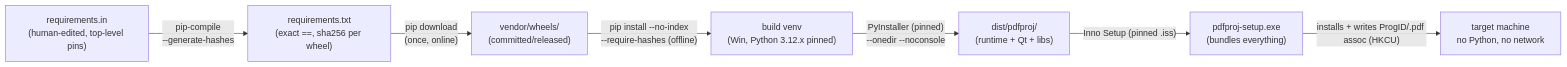
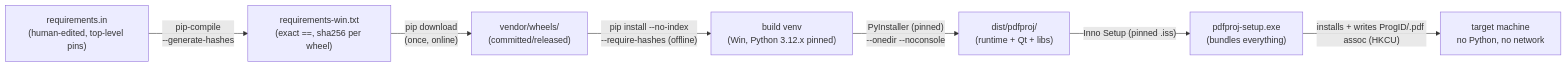
Before and after one commit to utyagi24/klarpdf: the diagram in PLAN.md, drawn with Mermaid. The commit also changed other lines of this file and 14 other files, not shown here.

First line of the commit message:
Rename OS-specific hashed locks to OS-named (requirements-win.txt etc.)

````diff
--- a/PLAN.md
+++ b/PLAN.md
@@ -239,9 +239,9 @@
 ```mermaid
 flowchart LR
-  A["requirements.in<br/>(human-edited, top-level pins)"] -->|"pip-compile<br/>--generate-hashes"| B["requirements.txt<br/>(exact ==, sha256 per wheel)"]
+  A["requirements.in<br/>(human-edited, top-level pins)"] -->|"pip-compile<br/>--generate-hashes"| B["requirements-win.txt<br/>(exact ==, sha256 per wheel)"]
   B -->|"pip download<br/>(once, online)"| C["vendor/wheels/<br/>(committed/released)"]
   C -->|"pip install --no-index<br/>--require-hashes (offline)"| D["build venv<br/>(Win, Python 3.12.x pinned)"]
   D -->|"PyInstaller (pinned)<br/>--onedir --noconsole"| E["dist/pdfproj/<br/>(runtime + Qt + libs)"]
   E -->|"Inno Setup (pinned .iss)"| F["pdfproj-setup.exe<br/>(bundles everything)"]
   F -->|"installs + writes ProgID/.pdf assoc (HKCU)"| G["target machine<br/>no Python, no network"]
 ```
````
